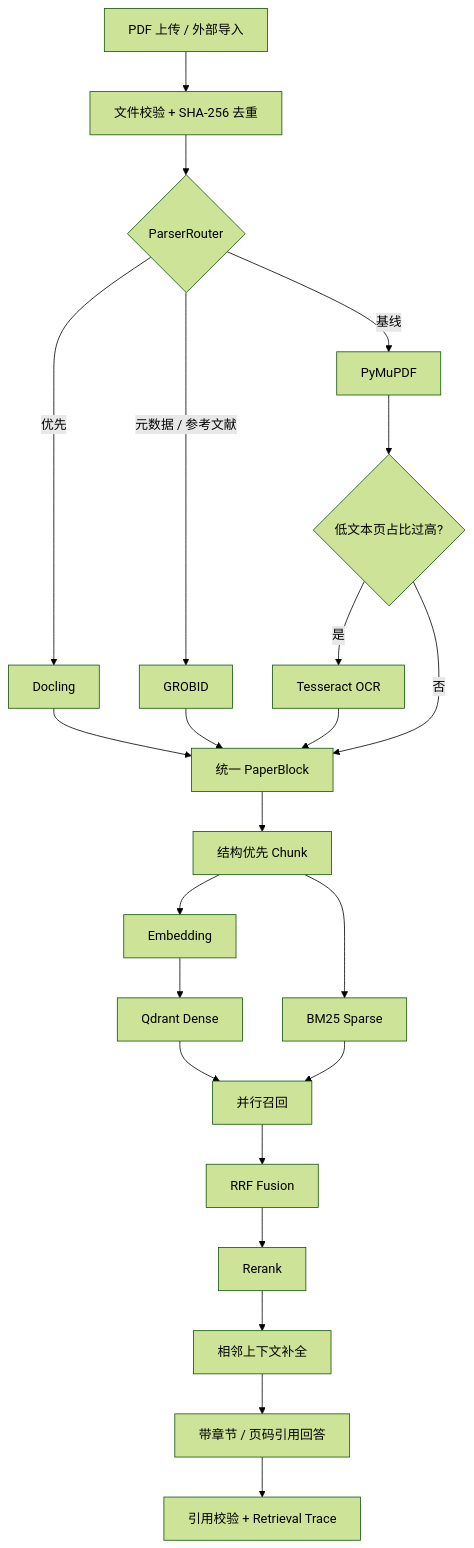
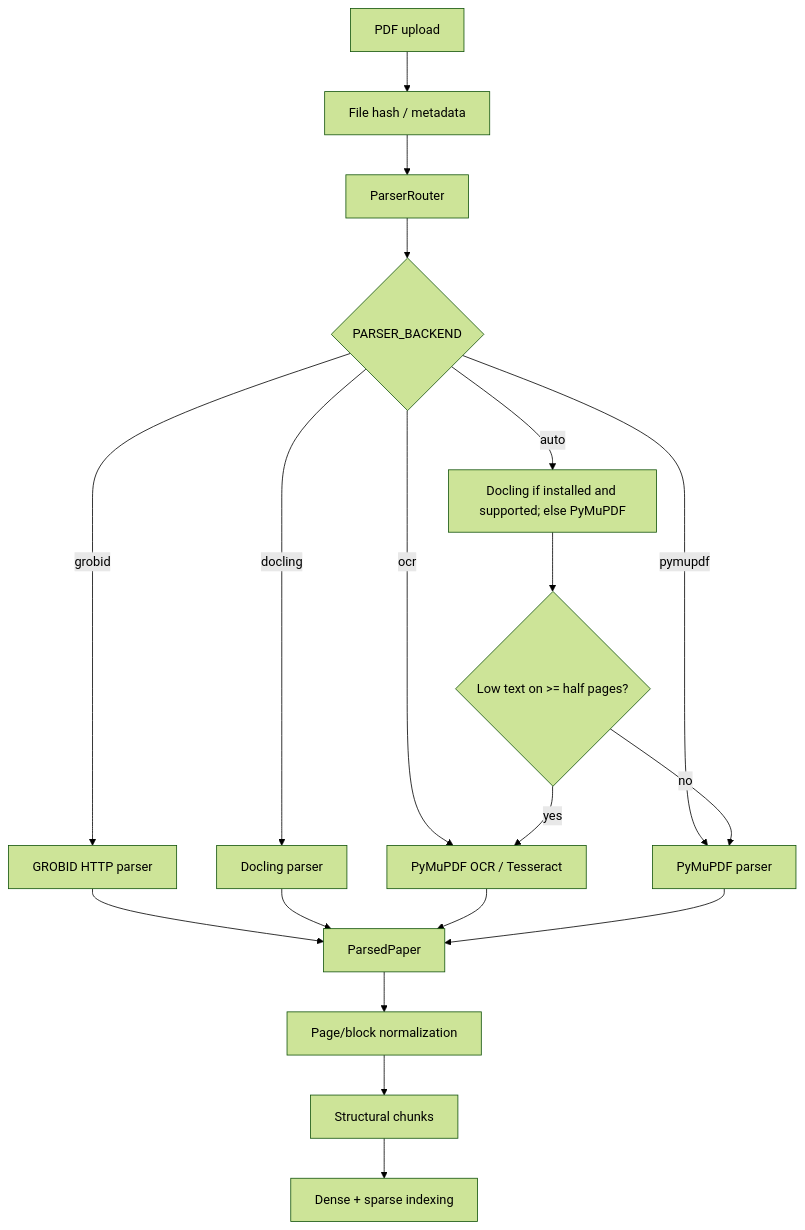
Before and after one commit to zhangjf314/Research: the diagram in docs/pdf-rag-data-flow.md, drawn with Mermaid (forest theme). The commit also changed other lines of this file and 14 other files, not shown here.

````diff
--- a/docs/pdf-rag-data-flow.md
+++ b/docs/pdf-rag-data-flow.md
@@ -3,25 +8,21 @@
 ```mermaid
-flowchart TD
-    A["PDF 上传 / 外部导入"] --> B["文件校验 + SHA-256 去重"]
-    B --> C{"ParserRouter"}
-    C -->|"优先"| D["Docling"]
-    C -->|"元数据 / 参考文献"| E["GROBID"]
-    C -->|"基线"| F["PyMuPDF"]
-    F --> G{"低文本页占比过高?"}
-    G -->|"是"| H["Tesseract OCR"]
-    G -->|"否"| I["统一 PaperBlock"]
-    D --> I
-    E --> I
-    H --> I
-    I --> J["结构优先 Chunk"]
-    J --> K["Embedding"]
-    K --> L["Qdrant Dense"]
-    J --> M["BM25 Sparse"]
-    L --> N["并行召回"]
-    M --> N
-    N --> O["RRF Fusion"]
-    O --> P["Rerank"]
-    P --> Q["相邻上下文补全"]
-    Q --> R["带章节 / 页码引用回答"]
-    R --> S["引用校验 + Retrieval Trace"]
+flowchart TB
+    A["PDF upload"] --> B["File hash / metadata"]
+    B --> C["ParserRouter"]
+    C --> D{"PARSER_BACKEND"}
+    D -->|"grobid"| G["GROBID HTTP parser"]
+    D -->|"docling"| DL["Docling parser"]
+    D -->|"ocr"| O["PyMuPDF OCR / Tesseract"]
+    D -->|"pymupdf"| P["PyMuPDF parser"]
+    D -->|"auto"| AU["Docling if installed and supported; else PyMuPDF"]
+    AU --> LW{"Low text on >= half pages?"}
+    LW -->|"yes"| O
+    LW -->|"no"| P
+    G --> S["ParsedPaper"]
+    DL --> S
+    O --> S
+    P --> S
+    S --> BL["Page/block normalization"]
+    BL --> CH["Structural chunks"]
+    CH --> IX["Dense + sparse indexing"]
 ```
````
